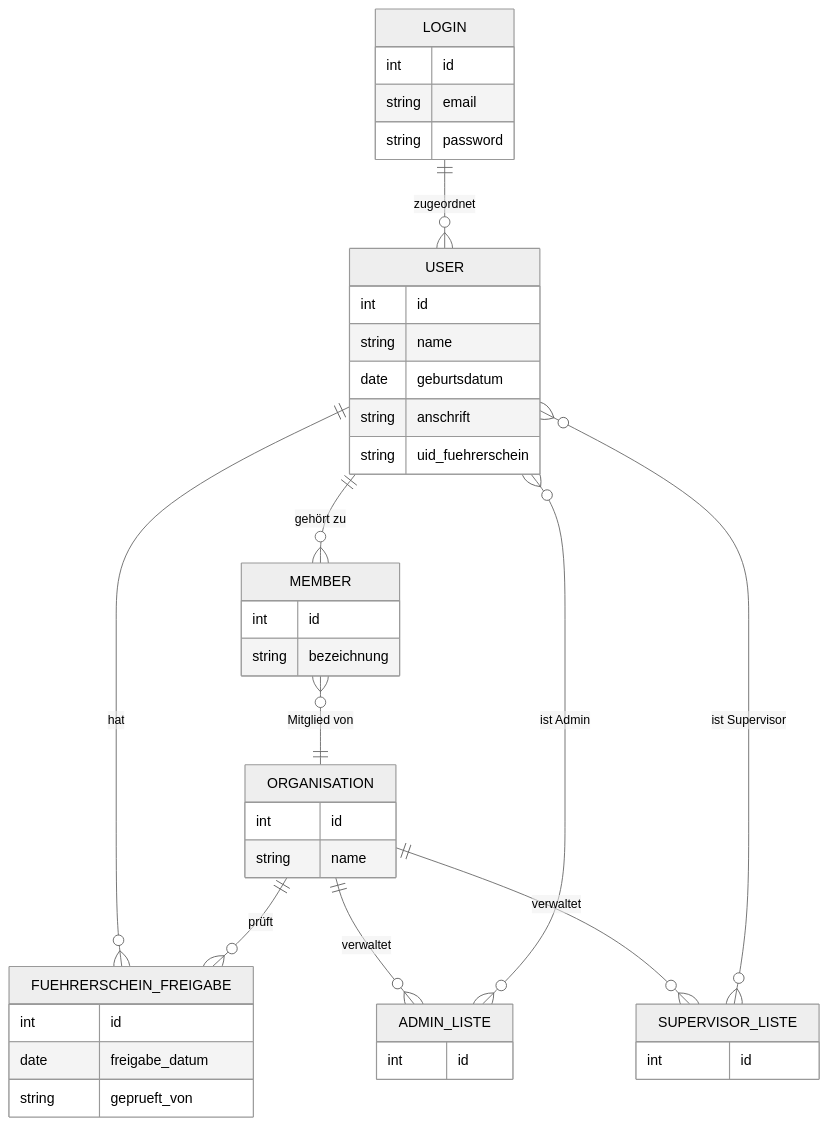
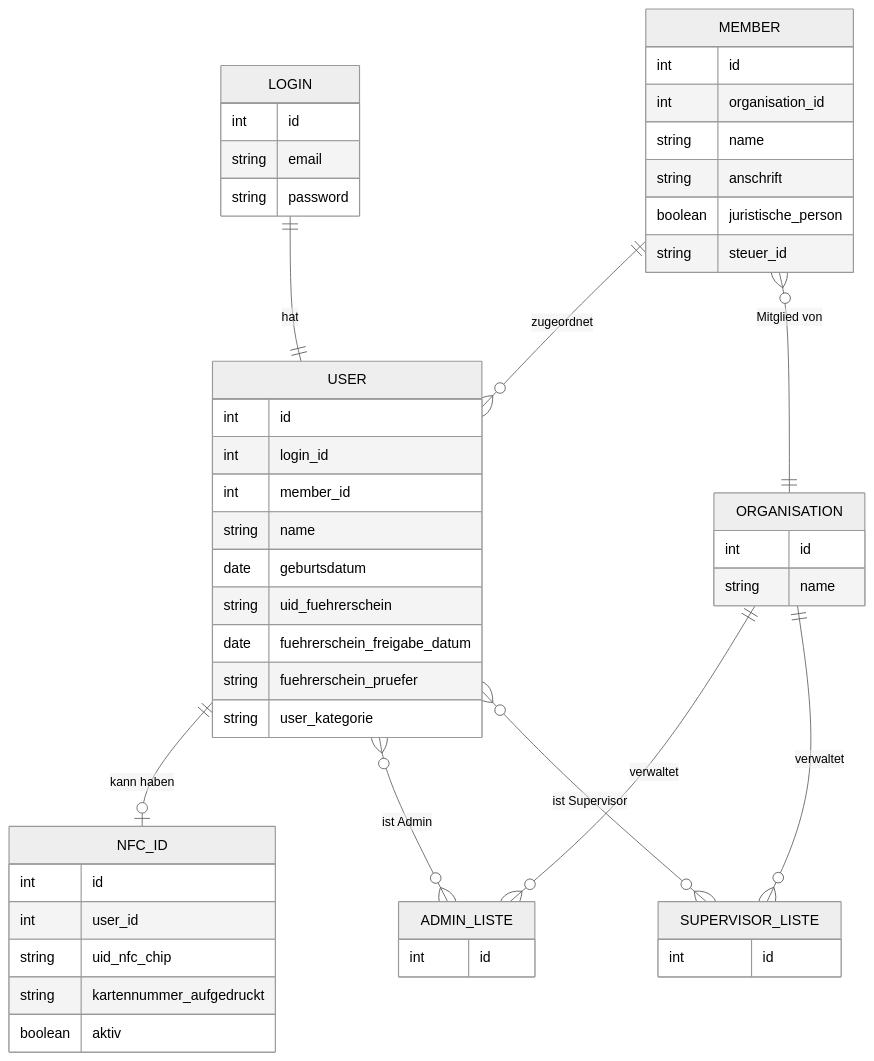
One commit to carsharing-vaterstetten/ZK changed the diagram in doku/sonstiges/Hintergründe/Datenmodell.md. Above: the diagram before and after it, drawn with Mermaid (neutral theme). The commit also changed other lines of this file and 7 other files, not shown here.

````diff
--- a/doku/sonstiges/Hintergründe/Datenmodell.md
+++ b/doku/sonstiges/Hintergründe/Datenmodell.md
@@ -27,44 +19,53 @@
 ```mermaid
 erDiagram
     LOGIN {
         int id
         string email
         string password
     }
     USER {
         int id
+        int login_id
+        int member_id
         string name
         date geburtsdatum
-        string anschrift
         string uid_fuehrerschein
+        date fuehrerschein_freigabe_datum
+        string fuehrerschein_pruefer
+        string user_kategorie
     }
     MEMBER {
         int id
-        string bezeichnung
+        int organisation_id
+        string name
+        string anschrift
+        boolean juristische_person
+        string steuer_id
     }
     ORGANISATION {
         int id
         string name
     }
-    FUEHRERSCHEIN_FREIGABE {
+    NFC_ID {
         int id
-        date freigabe_datum
-        string geprueft_von
+        int user_id
+        string uid_nfc_chip
+        string kartennummer_aufgedruckt
+        boolean aktiv
     }
     ADMIN_LISTE {
         int id
     }
     SUPERVISOR_LISTE {
         int id
     }
     
-    LOGIN ||--o{ USER : "zugeordnet"
-    USER ||--o{ MEMBER : "gehört zu"
+    LOGIN ||--|| USER : "hat"
+    MEMBER ||--o{ USER : "zugeordnet"
+    USER ||--o| NFC_ID : "kann haben"
     MEMBER }o--|| ORGANISATION : "Mitglied von"
-    USER ||--o{ FUEHRERSCHEIN_FREIGABE : "hat"
-    ORGANISATION ||--o{ FUEHRERSCHEIN_FREIGABE : "prüft"
     ORGANISATION ||--o{ ADMIN_LISTE : "verwaltet"
     ORGANISATION ||--o{ SUPERVISOR_LISTE : "verwaltet"
     USER }o--o{ ADMIN_LISTE : "ist Admin"
     USER }o--o{ SUPERVISOR_LISTE : "ist Supervisor"
 ```
````
